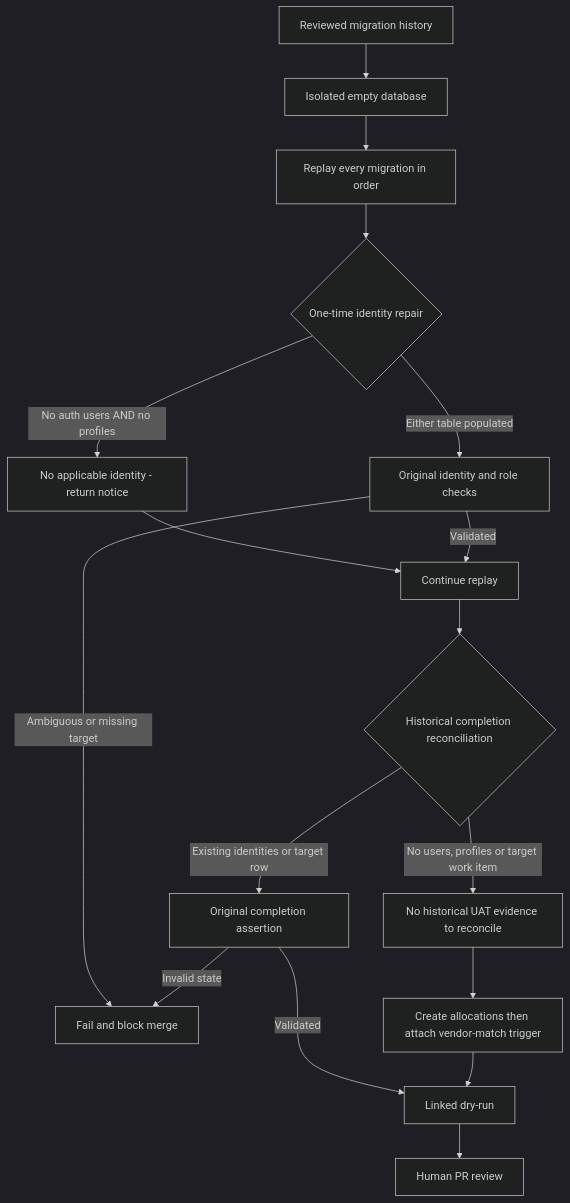
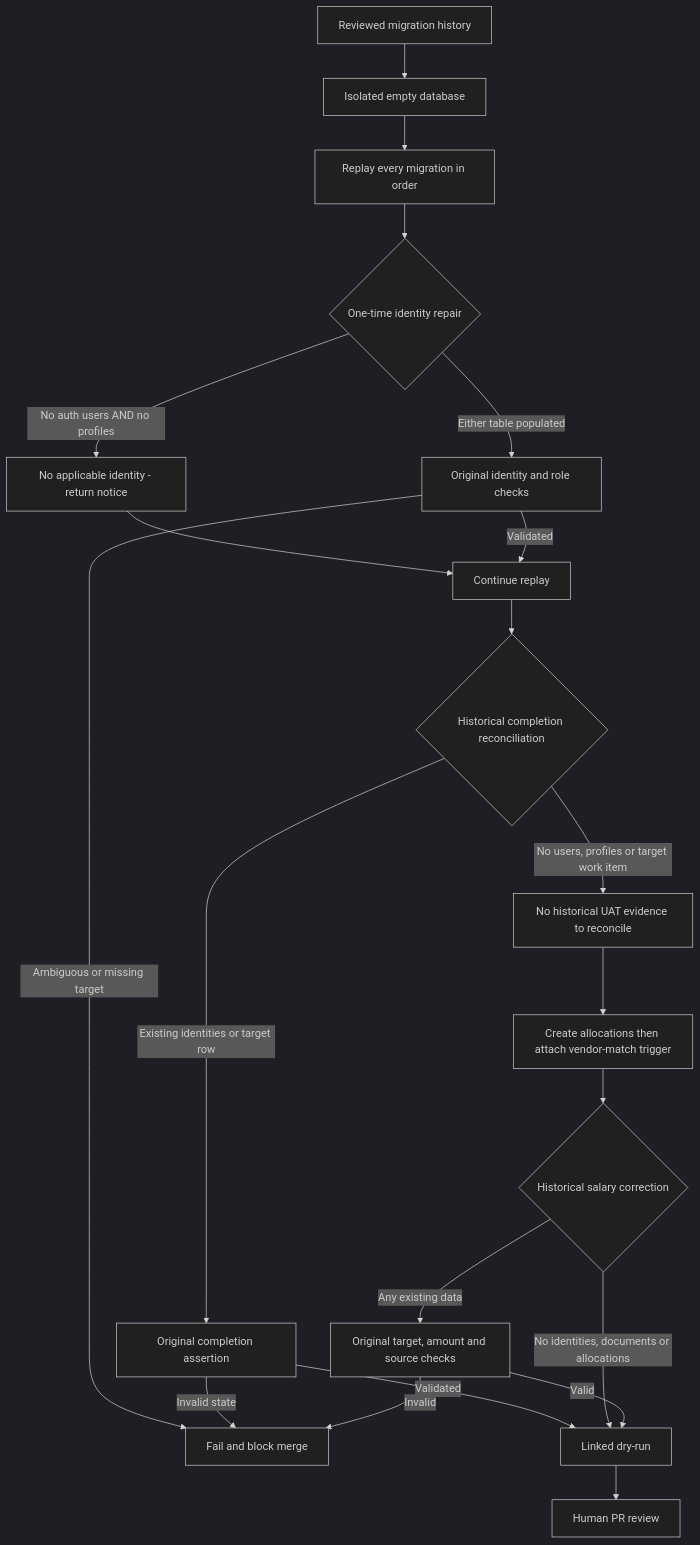
The diagram in docs/SUPABASE_REPLAY_FLOW.md (paramonjong-afk/WisdomAI), drawn with Mermaid (dark theme) before and after one commit. The commit also changed other lines of this file and 3 other files, not shown here.

Commit message:
fix: scope historical salary repair to initialized data [SYS-CICD-001]

````diff
--- a/docs/SUPABASE_REPLAY_FLOW.md
+++ b/docs/SUPABASE_REPLAY_FLOW.md
@@ -1,19 +1,23 @@
 ```mermaid
 flowchart TD
   A[Reviewed migration history] --> B[Isolated empty database]
   B --> C[Replay every migration in order]
   C --> D{One-time identity repair}
   D -->|No auth users AND no profiles| E[No applicable identity - return notice]
   D -->|Either table populated| F[Original identity and role checks]
   F -->|Ambiguous or missing target| G[Fail and block merge]
   E --> H[Continue replay]
   F -->|Validated| H
   H --> K{Historical completion reconciliation}
   K -->|No users, profiles or target work item| L[No historical UAT evidence to reconcile]
   K -->|Existing identities or target row| M[Original completion assertion]
   M -->|Invalid state| G
   M -->|Validated| I[Linked dry-run]
   L --> N[Create allocations then attach vendor-match trigger]
-  N --> I
+  N --> O{Historical salary correction}
+  O -->|No identities, documents or allocations| I
+  O -->|Any existing data| P[Original target, amount and source checks]
+  P -->|Valid| I
+  P -->|Invalid| G
   I --> J[Human PR review]
 ```
````
